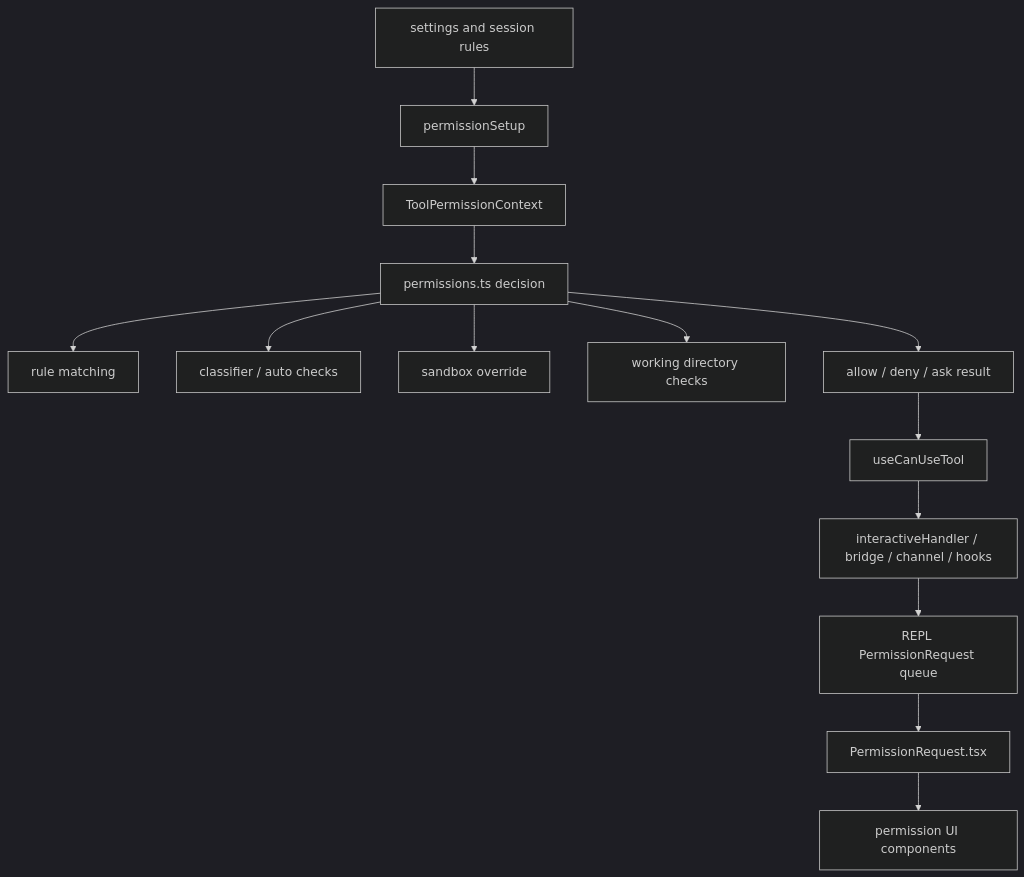
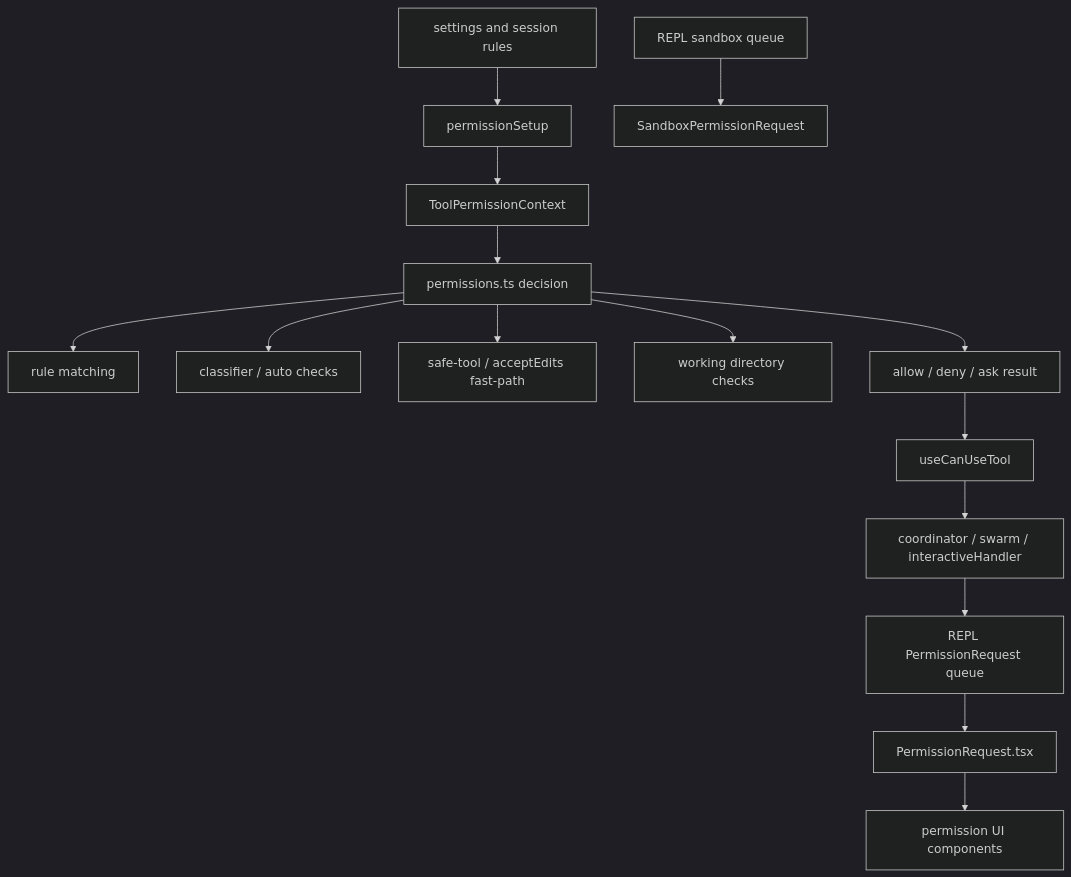
Before and after one commit to Boulea7/ClaudeCode-Source-DeepDive: the diagram in MODULES/06-permissions-sandbox-and-trust/DEEP/README.md, drawn with Mermaid (dark theme). The commit also changed other lines of this file and 8 other files, not shown here.

````diff
--- a/MODULES/06-permissions-sandbox-and-trust/DEEP/README.md
+++ b/MODULES/06-permissions-sandbox-and-trust/DEEP/README.md
@@ -151,16 +153,17 @@
 ```mermaid
 flowchart TD
     A[settings and session rules] --> B[permissionSetup]
     B --> C[ToolPermissionContext]
     C --> D[permissions.ts decision]
     D --> E[rule matching]
     D --> F[classifier / auto checks]
-    D --> G[sandbox override]
+    D --> G[safe-tool / acceptEdits fast-path]
     D --> H[working directory checks]
     D --> I[allow / deny / ask result]
     I --> J[useCanUseTool]
-    J --> K[interactiveHandler / bridge / channel / hooks]
+    J --> K[coordinator / swarm / interactiveHandler]
     K --> L[REPL PermissionRequest queue]
     L --> M[PermissionRequest.tsx]
     M --> N[permission UI components]
+    O[REPL sandbox queue] --> P[SandboxPermissionRequest]
 ```
````
